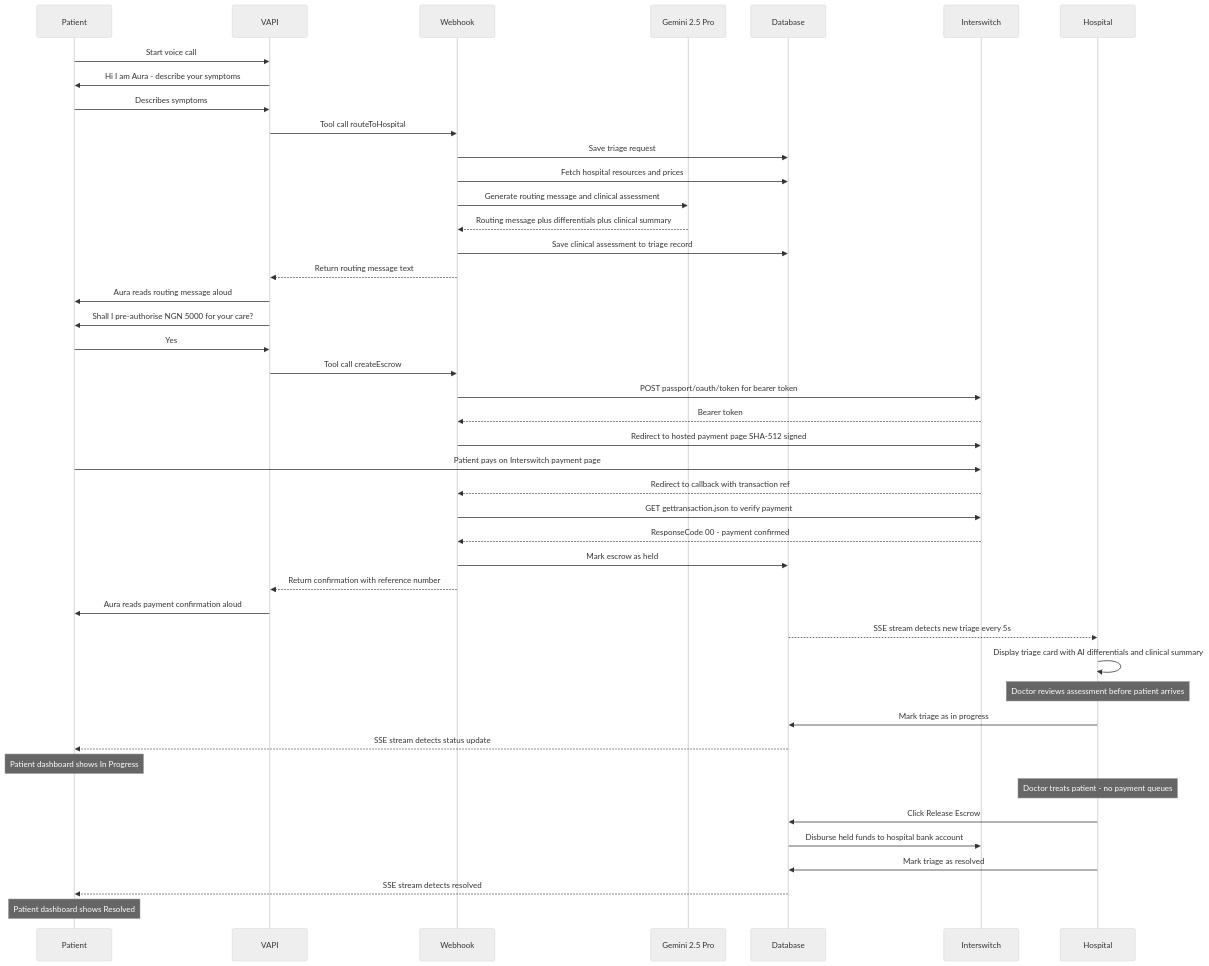
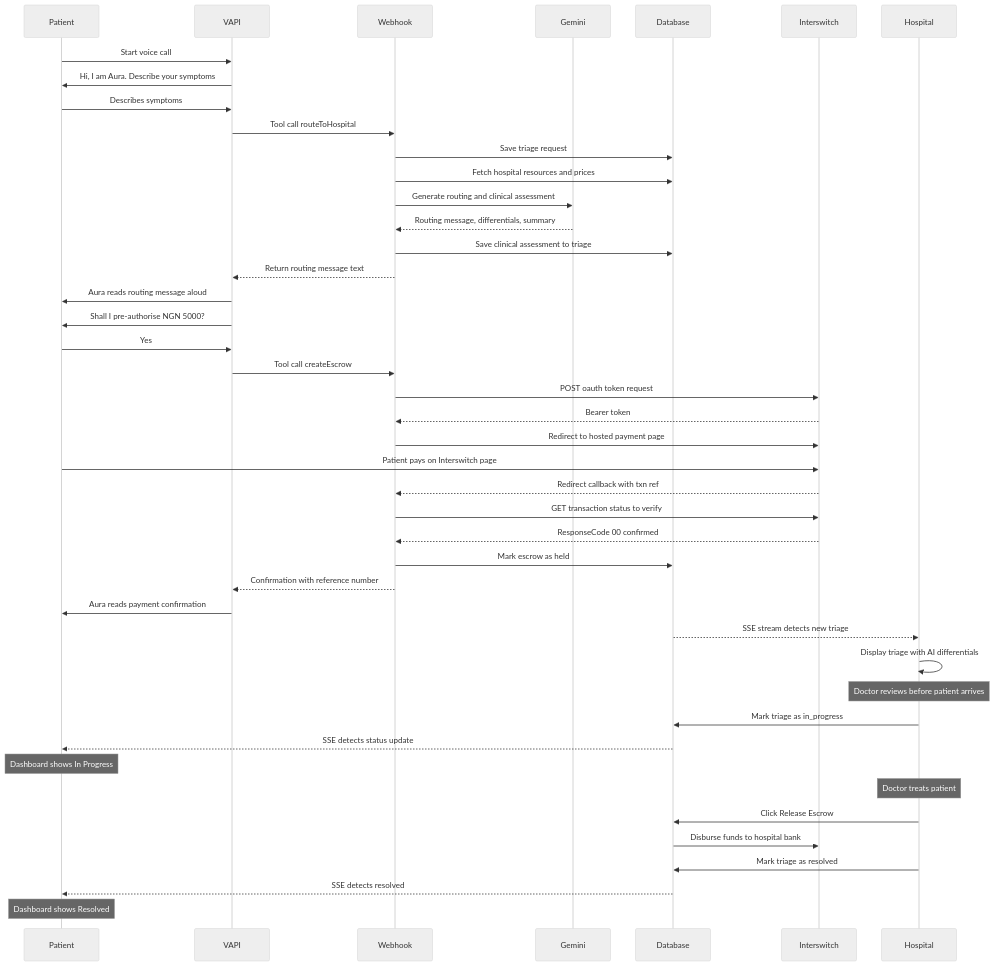
The diagram in README.md (hallelx2/enyata-project), drawn with Mermaid (neutral theme) before and after one commit.

Commit message:
fix: Mermaid sequence diagram rendering issues
Simplify participant names and message labels to avoid Mermaid parse
failures caused by dots, slashes, and hyphens in label text.

````diff
--- a/README.md
+++ b/README.md
@@ -171,47 +171,47 @@
 ```mermaid
 sequenceDiagram
     participant P as Patient
     participant V as VAPI
     participant W as Webhook
-    participant G as Gemini 2.5 Pro
+    participant G as Gemini
     participant DB as Database
     participant I as Interswitch
     participant H as Hospital
 
     P->>V: Start voice call
-    V->>P: Hi I am Aura - describe your symptoms
+    V->>P: Hi, I am Aura. Describe your symptoms
     P->>V: Describes symptoms
     V->>W: Tool call routeToHospital
     W->>DB: Save triage request
     W->>DB: Fetch hospital resources and prices
-    W->>G: Generate routing message and clinical assessment
-    G-->>W: Routing message plus differentials plus clinical summary
-    W->>DB: Save clinical assessment to triage record
+    W->>G: Generate routing and clinical assessment
+    G-->>W: Routing message, differentials, summary
+    W->>DB: Save clinical assessment to triage
     W-->>V: Return routing message text
     V->>P: Aura reads routing message aloud
-    V->>P: Shall I pre-authorise NGN 5000 for your care?
+    V->>P: Shall I pre-authorise NGN 5000?
     P->>V: Yes
     V->>W: Tool call createEscrow
-    W->>I: POST passport/oauth/token for bearer token
+    W->>I: POST oauth token request
     I-->>W: Bearer token
-    W->>I: Redirect to hosted payment page SHA-512 signed
-    P->>I: Patient pays on Interswitch payment page
-    I-->>W: Redirect to callback with transaction ref
-    W->>I: GET gettransaction.json to verify payment
-    I-->>W: ResponseCode 00 - payment confirmed
+    W->>I: Redirect to hosted payment page
+    P->>I: Patient pays on Interswitch page
+    I-->>W: Redirect callback with txn ref
+    W->>I: GET transaction status to verify
+    I-->>W: ResponseCode 00 confirmed
     W->>DB: Mark escrow as held
-    W-->>V: Return confirmation with reference number
-    V->>P: Aura reads payment confirmation aloud
-    DB-->>H: SSE stream detects new triage every 5s
-    H->>H: Display triage card with AI differentials and clinical summary
-    Note over H: Doctor reviews assessment before patient arrives
-    H->>DB: Mark triage as in progress
-    DB-->>P: SSE stream detects status update
-    Note over P: Patient dashboard shows In Progress
-    Note over H: Doctor treats patient - no payment queues
+    W-->>V: Confirmation with reference number
+    V->>P: Aura reads payment confirmation
+    DB-->>H: SSE stream detects new triage
+    H->>H: Display triage with AI differentials
+    Note over H: Doctor reviews before patient arrives
+    H->>DB: Mark triage as in_progress
+    DB-->>P: SSE detects status update
+    Note over P: Dashboard shows In Progress
+    Note over H: Doctor treats patient
     H->>DB: Click Release Escrow
-    DB->>I: Disburse held funds to hospital bank account
+    DB->>I: Disburse funds to hospital bank
     H->>DB: Mark triage as resolved
-    DB-->>P: SSE stream detects resolved
-    Note over P: Patient dashboard shows Resolved
+    DB-->>P: SSE detects resolved
+    Note over P: Dashboard shows Resolved
 ```
````
